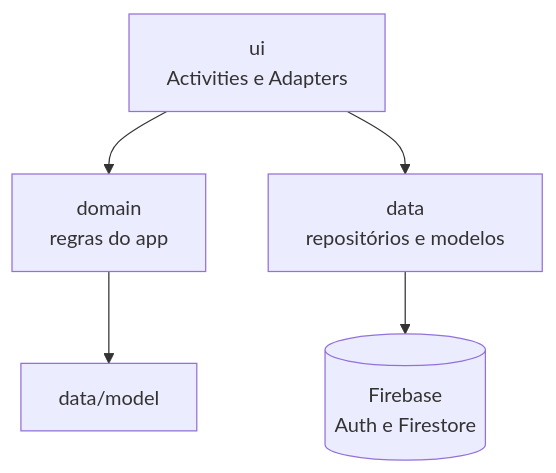
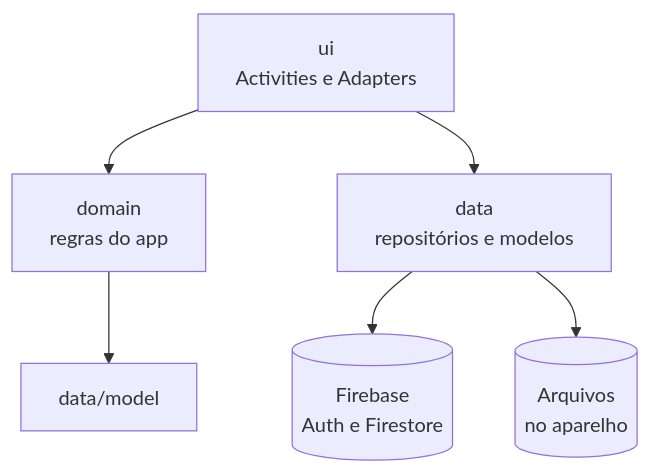
The second of 2 diagrams in README.md (steph-zc/campus-hub), drawn with Mermaid before and after one commit. The commit also changed other lines of this file, not shown here.

````diff
--- a/README.md
+++ b/README.md
@@ -114,7 +132,8 @@
 ```mermaid
 flowchart TD
     ui["ui<br/>Activities e Adapters"] --> domain["domain<br/>regras do app"]
     ui --> data["data<br/>repositórios e modelos"]
     domain --> model["data/model"]
     data --> firebase[("Firebase<br/>Auth e Firestore")]
+    data --> files[("Arquivos<br/>no aparelho")]
 ```
````
